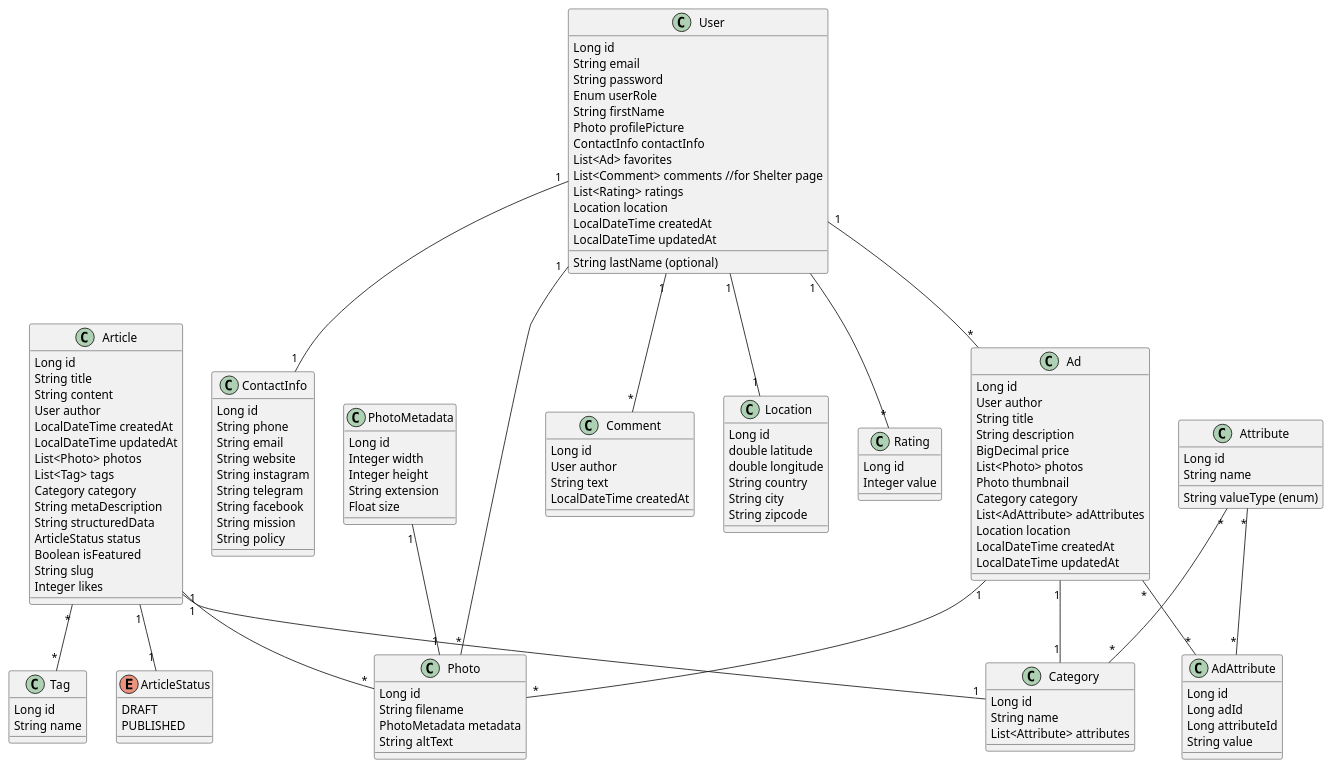
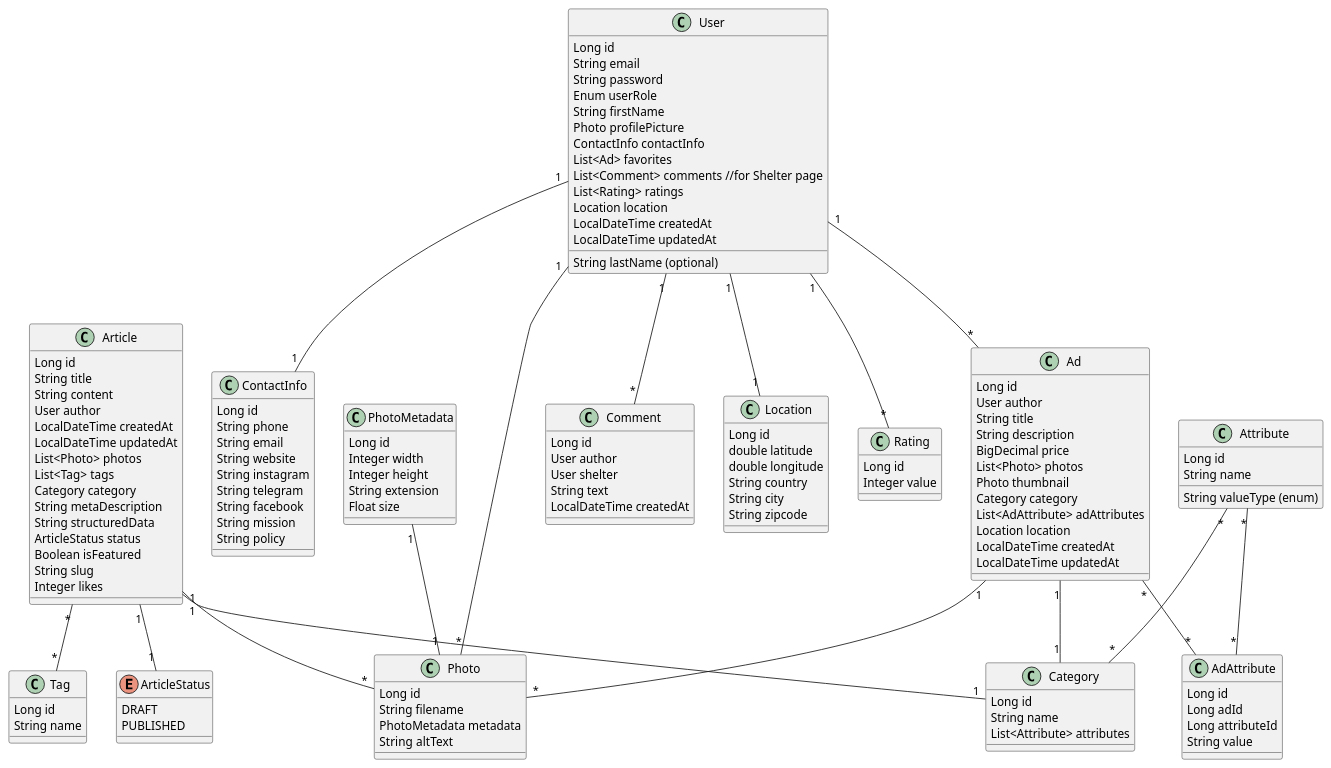
Before and after one commit to OleksandrProkopenkoDev/marketplace: the diagram in docs/news-feature/article-class-diagram/article-class-diagram.puml, drawn with PlantUML.

Commit message:
updated class diagram

```diff
--- a/docs/news-feature/article-class-diagram/article-class-diagram.puml
+++ b/docs/news-feature/article-class-diagram/article-class-diagram.puml
@@ -1,147 +1,148 @@
 @startuml
 
 enum ArticleStatus {
   DRAFT
   PUBLISHED
 }
 
 class Article {
   Long id
   String title
   String content
   User author
   LocalDateTime createdAt
   LocalDateTime updatedAt
   List<Photo> photos
   List<Tag> tags
   Category category
   String metaDescription
   String structuredData
   ArticleStatus status
   Boolean isFeatured
   String slug
   Integer likes
 }
 
 class Comment {
   Long id
   User author
+  User shelter
   String text
   LocalDateTime createdAt
 }
 
 class Location {
   Long id
   double latitude
   double longitude
   String country
   String city
   String zipcode
 }
 
 class User {
   Long id
   String email
   String password
   Enum userRole
   String firstName
   String lastName (optional)
   Photo profilePicture
   ContactInfo contactInfo
   List<Ad> favorites
   List<Comment> comments //for Shelter page
   List<Rating> ratings
   Location location
   LocalDateTime createdAt
   LocalDateTime updatedAt
 }
 
 class Rating{
   Long id
   Integer value
 }
 
 class ContactInfo {
   Long id
   String phone
   String email
   String website
   String instagram
   String telegram
   String facebook
   String mission
   String policy
 }
 
 class Ad {
   Long id
   User author
   String title
   String description
   BigDecimal price
   List<Photo> photos
   Photo thumbnail
   Category category
   List<AdAttribute> adAttributes
   Location location
   LocalDateTime createdAt
   LocalDateTime updatedAt
 }
 
 class Attribute {
   Long id
   String name
   String valueType (enum)
 }
 
 class Category {
   Long id
   String name
   List<Attribute> attributes
 }
 
 class Photo {
   Long id
   String filename
   PhotoMetadata metadata
   String altText
 }
 
 class PhotoMetadata {
   Long id
   Integer width
   Integer height
   String extension
   Float size
 }
 
 class AdAttribute {
   Long id
   Long adId
   Long attributeId
   String value
 }
 
 class Tag {
   Long id
   String name
 }
 
 Article "1" -- "*" Photo
 Article "*" -- "*" Tag
 Article "1" -- "1" Category
 Article "1" -- "1" ArticleStatus
 Ad "1" -- "*" Photo
 Ad "1" -- "1" Category
 User "1" -- "*" Ad
 User "1" -- "1" Location
 User "1" -- "*" Comment
 User "1" -- "*" Rating
 PhotoMetadata "1" -- "1" Photo
 User "1" -- "*" Photo
 Attribute "*" -- "*" Category
 User "1" -- "1" ContactInfo
 Ad "*" -- "*" AdAttribute
 Attribute "*" -- "*" AdAttribute
 
 @enduml
```
